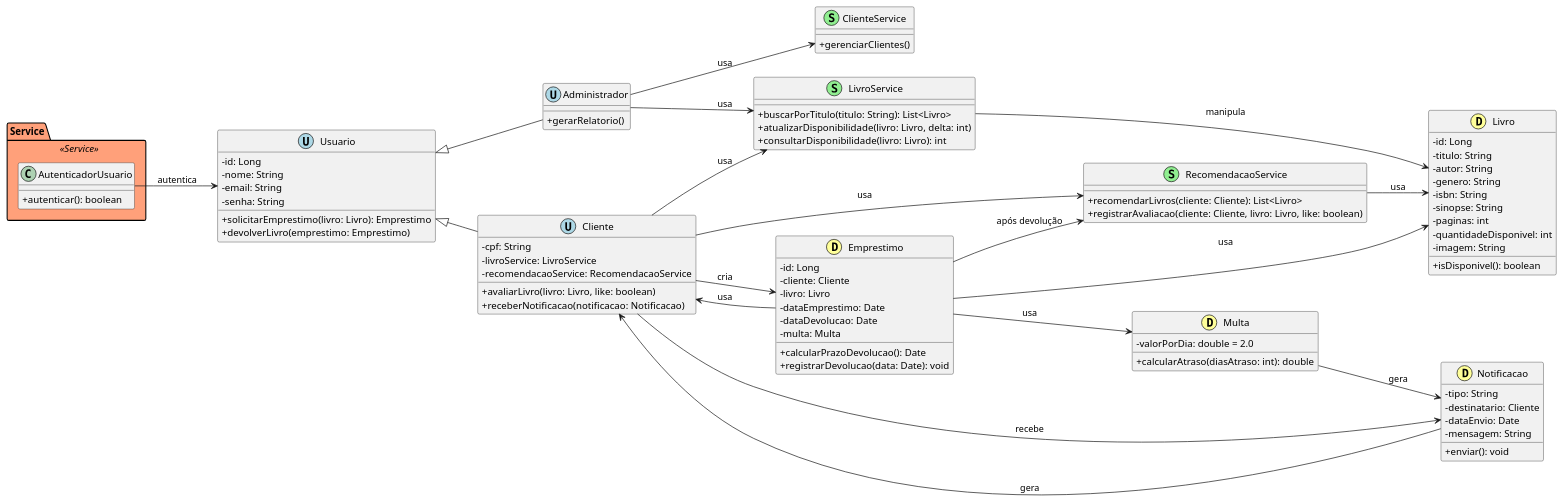
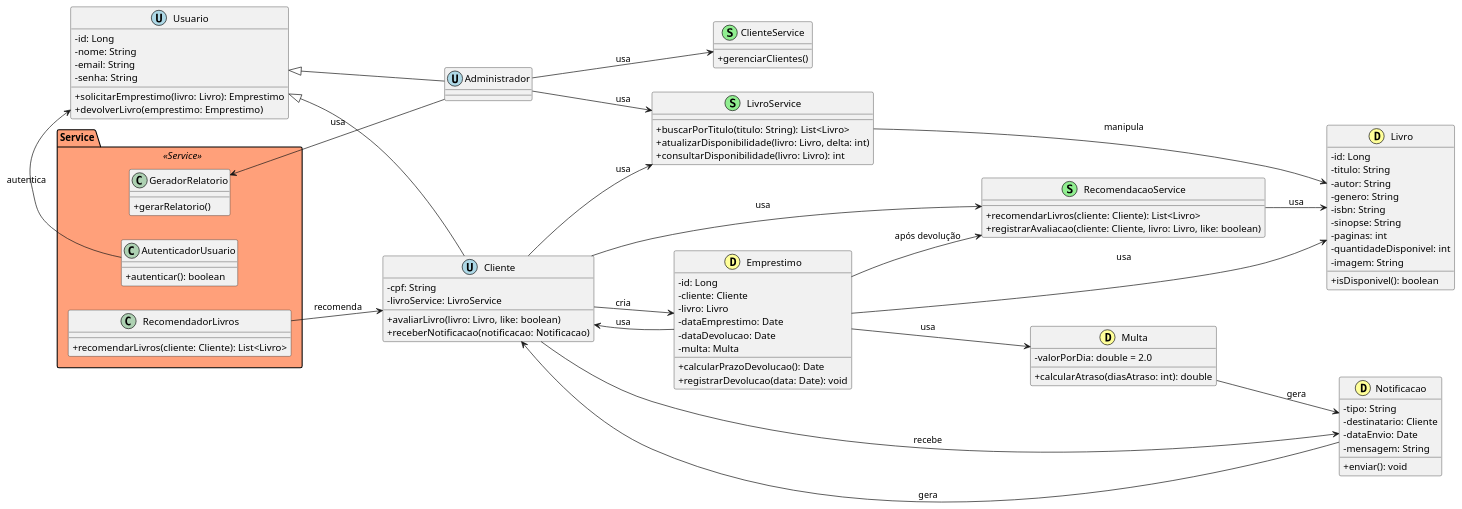
One commit to nyckturbina/e-library changed the diagram in docs/uml/class-diagram/class-diagram-2.0.puml. Above: the diagram before and after it, drawn with PlantUML. The commit also changed 25 other files, not shown here.

```diff
--- a/docs/uml/class-diagram/class-diagram-2.0.puml
+++ b/docs/uml/class-diagram/class-diagram-2.0.puml
@@ -1,120 +1,130 @@
 @startuml "Diagrama de Classe"
 skinparam classAttributeIconSize 0
 left to right direction
 
 skinparam package {
     BackgroundColor<<Service>> LightSalmon
 }
 
 package "Service" <<Service>> {
     class AutenticadorUsuario {
         +autenticar(): boolean
+    }
+
+    class GeradorRelatorio {
+        + gerarRelatorio()
+    }
+
+    class RecomendadorLivros {
+        + recomendarLivros(cliente: Cliente): List<Livro>
     }
 }
 
 ' Estilos por tipo
 ' Usuários - Azul
 class Usuario << (U,#ADD8E6) >> {
     -id: Long
     -nome: String
     -email: String
     -senha: String
     +solicitarEmprestimo(livro: Livro): Emprestimo
     +devolverLivro(emprestimo: Emprestimo)
 }
 
 class Administrador << (U,#ADD8E6) >> {
-    +gerarRelatorio()
+    
 }
 
 class Cliente << (U,#ADD8E6) >> {
     - cpf: String
     -livroService: LivroService
-    -recomendacaoService: RecomendacaoService
     +avaliarLivro(livro: Livro, like: boolean)
     +receberNotificacao(notificacao: Notificacao)
 }
 
 ' Serviços - Verde
 class LivroService << (S,#90EE90) >> {
     +buscarPorTitulo(titulo: String): List<Livro>
     +atualizarDisponibilidade(livro: Livro, delta: int)
     +consultarDisponibilidade(livro: Livro): int
 }
 
 class ClienteService << (S,#90EE90) >> {
     +gerenciarClientes()
 }
 
 class RecomendacaoService << (S,#90EE90) >> {
     +recomendarLivros(cliente: Cliente): List<Livro>
     +registrarAvaliacao(cliente: Cliente, livro: Livro, like: boolean)
 }
 
 ' Domínio - Amarelo
 class Livro << (D,#FFFF99) >> {
     -id: Long
     -titulo: String
     -autor: String
     -genero: String
     -isbn: String
     -sinopse: String
     -paginas: int
     -quantidadeDisponivel: int
     -imagem: String
     +isDisponivel(): boolean
 }
 
 class Emprestimo << (D,#FFFF99) >> {
     -id: Long
     -cliente: Cliente
     -livro: Livro
     -dataEmprestimo: Date
     -dataDevolucao: Date
     -multa: Multa
     +calcularPrazoDevolucao(): Date
     +registrarDevolucao(data: Date): void
 }
 
 class Multa << (D,#FFFF99) >> {
     -valorPorDia: double = 2.0
     +calcularAtraso(diasAtraso: int): double
 }
 
 class Notificacao << (D,#FFFF99) >> {
     -tipo: String
     -destinatario: Cliente
     -dataEnvio: Date
     -mensagem: String
     +enviar(): void
 }
 
 ' Heranças
 Usuario <|-- Administrador
 Usuario <|-- Cliente
 
 ' Relacionamentos
 AutenticadorUsuario --> Usuario : autentica
 
 Administrador --> LivroService : usa
 Administrador --> ClienteService : usa
+Administrador --> GeradorRelatorio : usa
 
 Cliente --> LivroService : usa
 Cliente --> RecomendacaoService : usa
 Cliente --> Notificacao : recebe
 Cliente --> Emprestimo : cria
 
 Emprestimo --> Livro : usa
 Emprestimo --> Cliente : usa
 Emprestimo --> Multa : usa
 Emprestimo --> RecomendacaoService : "após devolução"
 
 LivroService --> Livro : manipula
 
+RecomendadorLivros --> Cliente : recomenda
+
 Multa --> Notificacao : gera
 
 RecomendacaoService --> Livro : usa
 
 Notificacao --> Cliente : gera
 
 @enduml
```
